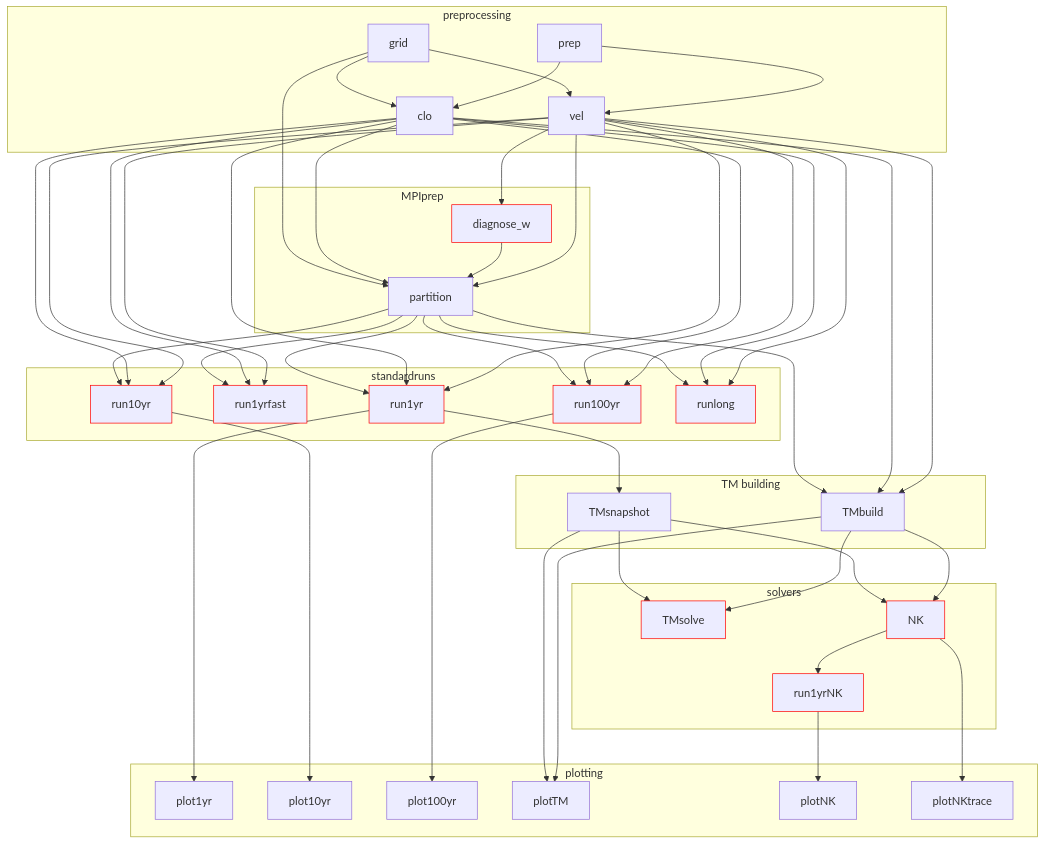
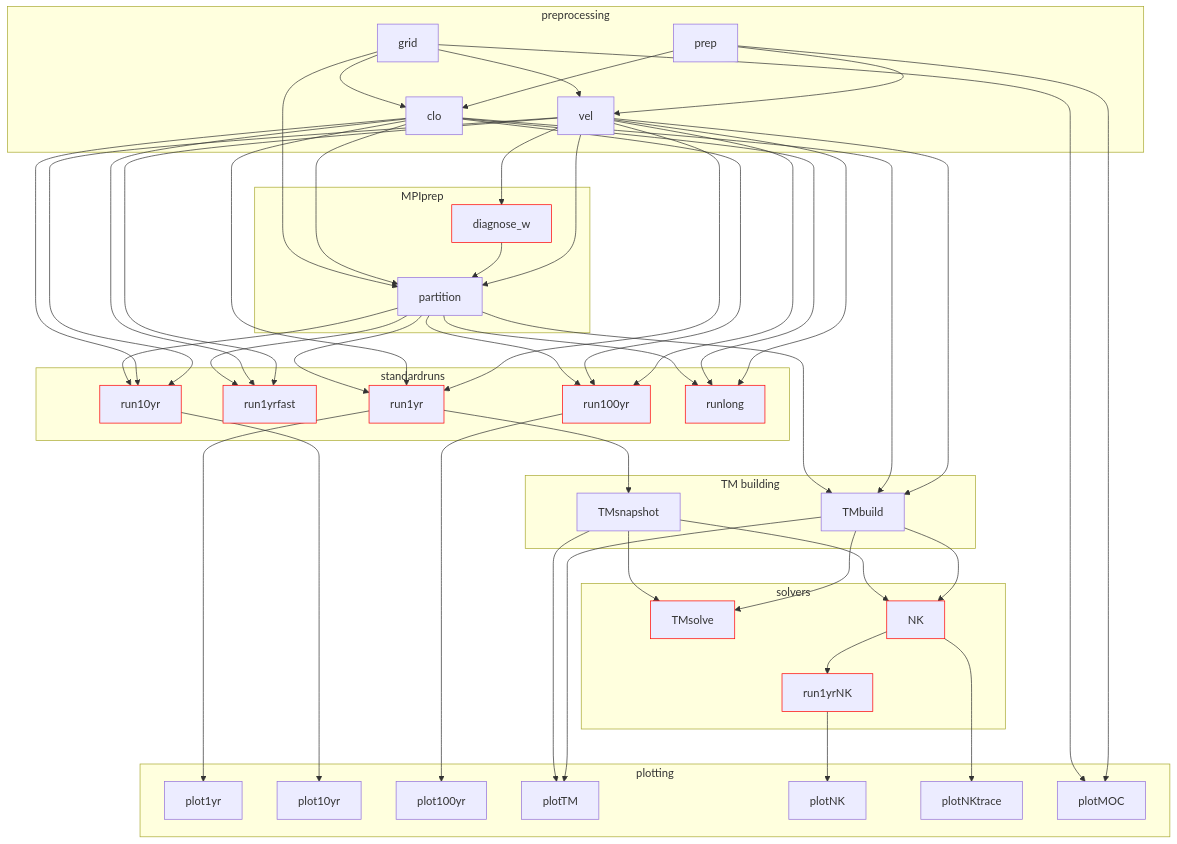
Before and after one commit to TMIP-code/ACCESS-OM2_x_Oceananigans: the diagram in scripts/pipeline.mmd, drawn with Mermaid. The commit also changed 7 other files, not shown here.

```diff
--- a/scripts/pipeline.mmd
+++ b/scripts/pipeline.mmd
@@ -1,36 +1,37 @@
 ---
 config:
   flowchart:
     curve: basis
 ---
 graph TD
     classDef gpu stroke:#f00;
     subgraph preprocessing
         prep & grid & vel & clo
     end
     subgraph MPIprep
         diagnose_w:::gpu & partition
     end
     subgraph standardruns
         run1yr:::gpu & run1yrfast:::gpu & run10yr:::gpu & run100yr:::gpu & runlong:::gpu
     end
     subgraph TM building
         TMbuild & TMsnapshot
     end
     subgraph solvers
         TMsolve:::gpu & NK:::gpu & run1yrNK:::gpu
     end
     subgraph plotting
-        plot1yr & plot10yr & plot100yr & plotTM & plotNK & plotNKtrace
+        plot1yr & plot10yr & plot100yr & plotTM & plotNK & plotNKtrace & plotMOC
     end
     prep & grid --> vel & clo
     vel --> diagnose_w
     vel & diagnose_w & clo & grid --> partition
     vel & clo --> run1yr & run1yrfast & run10yr & run100yr & runlong & TMbuild
     partition --> run1yr & run1yrfast & run10yr & run100yr & runlong & TMbuild
     run1yr --> TMsnapshot & plot1yr
     run10yr --> plot10yr
     run100yr --> plot100yr
     TMbuild & TMsnapshot --> TMsolve & NK & plotTM
     NK --> run1yrNK & plotNKtrace
     run1yrNK --> plotNK
+    prep & grid --> plotMOC
```
